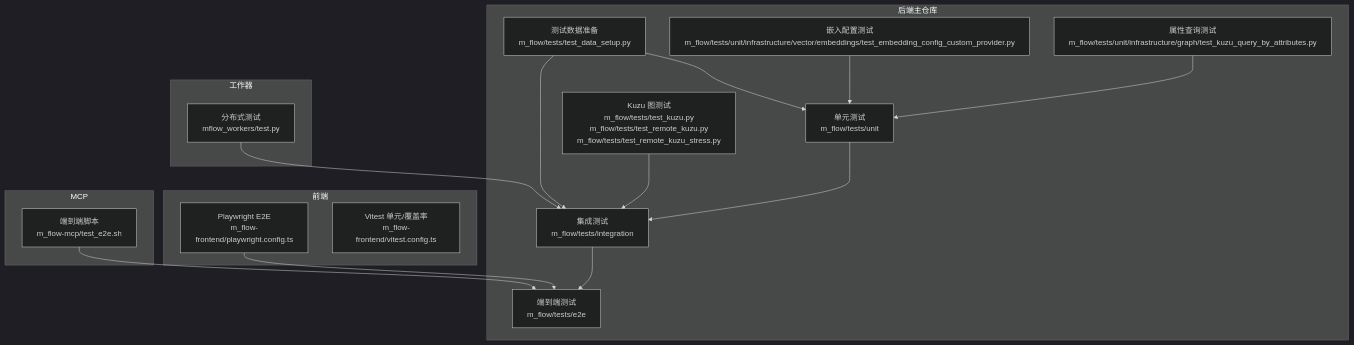
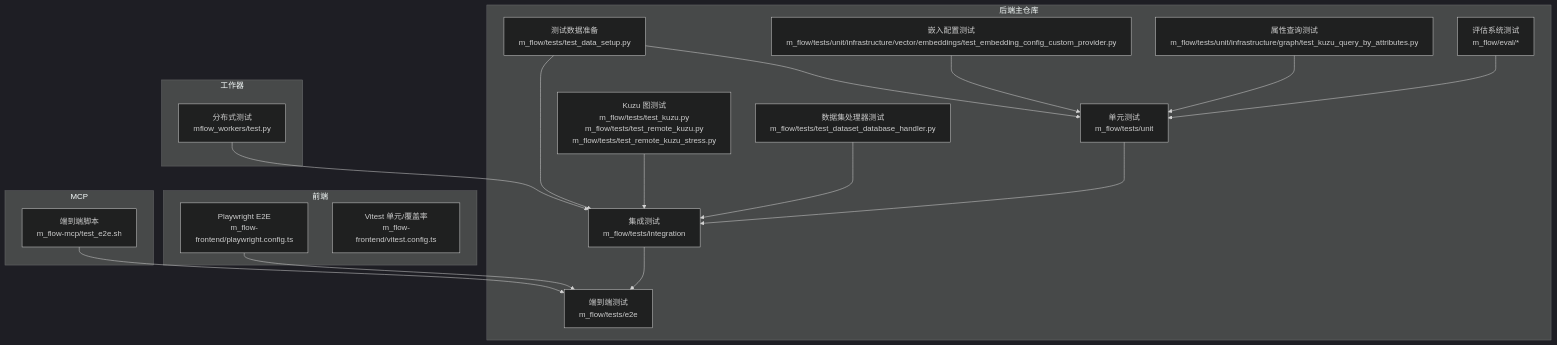
One commit to alvinwangzi/m_flow changed the first of 9 diagrams in .qoder/repowiki/zh/content/开发指南/测试策略/测试策略.md. Above: the diagram before and after it, drawn with Mermaid (dark theme). The commit also changed other lines of this file and 30 other files, not shown here.

````diff
--- a/.qoder/repowiki/zh/content/开发指南/测试策略/测试策略.md
+++ b/.qoder/repowiki/zh/content/开发指南/测试策略/测试策略.md
@@ -47,32 +52,36 @@
 ```mermaid
 graph TB
 subgraph "后端主仓库"
 U["单元测试<br/>m_flow/tests/unit"]
 I["集成测试<br/>m_flow/tests/integration"]
 E2E["端到端测试<br/>m_flow/tests/e2e"]
 TDS["测试数据准备<br/>m_flow/tests/test_data_setup.py"]
 KUZU["Kuzu 图测试<br/>m_flow/tests/test_kuzu.py<br/>m_flow/tests/test_remote_kuzu.py<br/>m_flow/tests/test_remote_kuzu_stress.py"]
 ENDPOINT["嵌入配置测试<br/>m_flow/tests/unit/infrastructure/vector/embeddings/test_embedding_config_custom_provider.py"]
 ATTR["属性查询测试<br/>m_flow/tests/unit/infrastructure/graph/test_kuzu_query_by_attributes.py"]
+DDH["数据集处理器测试<br/>m_flow/tests/test_dataset_database_handler.py"]
+ENDPOINT2["评估系统测试<br/>m_flow/eval/*"]
 end
 subgraph "前端"
 PW["Playwright E2E<br/>m_flow-frontend/playwright.config.ts"]
 VT["Vitest 单元/覆盖率<br/>m_flow-frontend/vitest.config.ts"]
 end
 subgraph "MCP"
 MCPE2E["端到端脚本<br/>m_flow-mcp/test_e2e.sh"]
 end
 subgraph "工作器"
 MW["分布式测试<br/>mflow_workers/test.py"]
 end
 U --> I
 I --> E2E
 TDS --> U
 TDS --> I
 KUZU --> I
 ENDPOINT --> U
 ATTR --> U
+DDH --> I
+ENDPOINT2 --> U
 PW --> E2E
 MCPE2E --> E2E
 MW --> I
 ```
````
